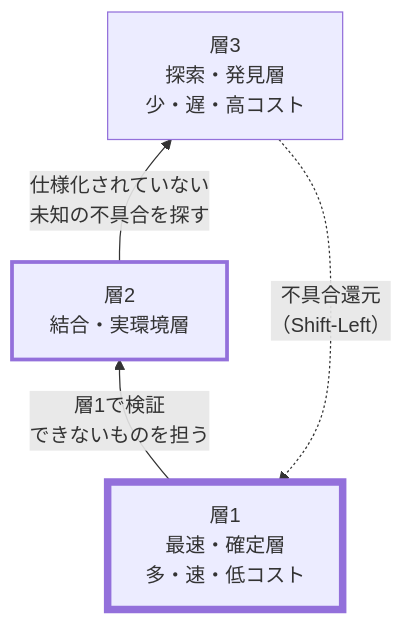
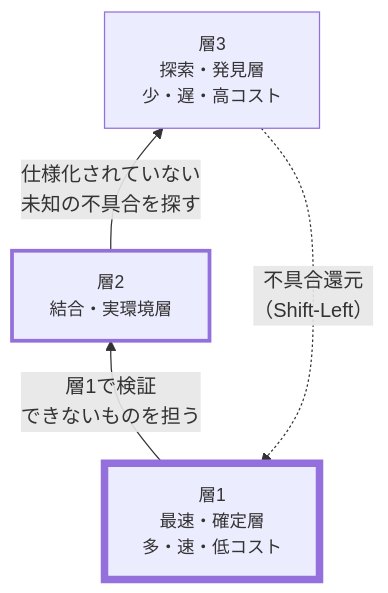
Before and after one commit to toshio-shiratori/harness-test-strategy: the second of 2 diagrams in docs/testing/01-test-policy.md, drawn with Mermaid.

Commit message:
docs: 01 §3 の図の字を 14px にし、GitHub 上で語の途中で折れないようにする

````diff
--- a/docs/testing/01-test-policy.md
+++ b/docs/testing/01-test-policy.md
@@ -78,12 +78,13 @@
 ```mermaid
 flowchart BT
   L1["層1<br/>最速・確定層<br/>多・速・低コスト"]
   L2["層2<br/>結合・実環境層"]
   L3["層3<br/>探索・発見層<br/>少・遅・高コスト"]
   L1 -- "層1で検証<br/>できないものを担う" --> L2
   L2 -- "仕様化されていない<br/>未知の不具合を探す" --> L3
   L3 -. "不具合還元<br/>（Shift-Left）" .-> L1
   style L1 stroke-width:6px
   style L2 stroke-width:3px
   style L3 stroke-width:1px
+  classDef default font-size:14px
 ```
````
